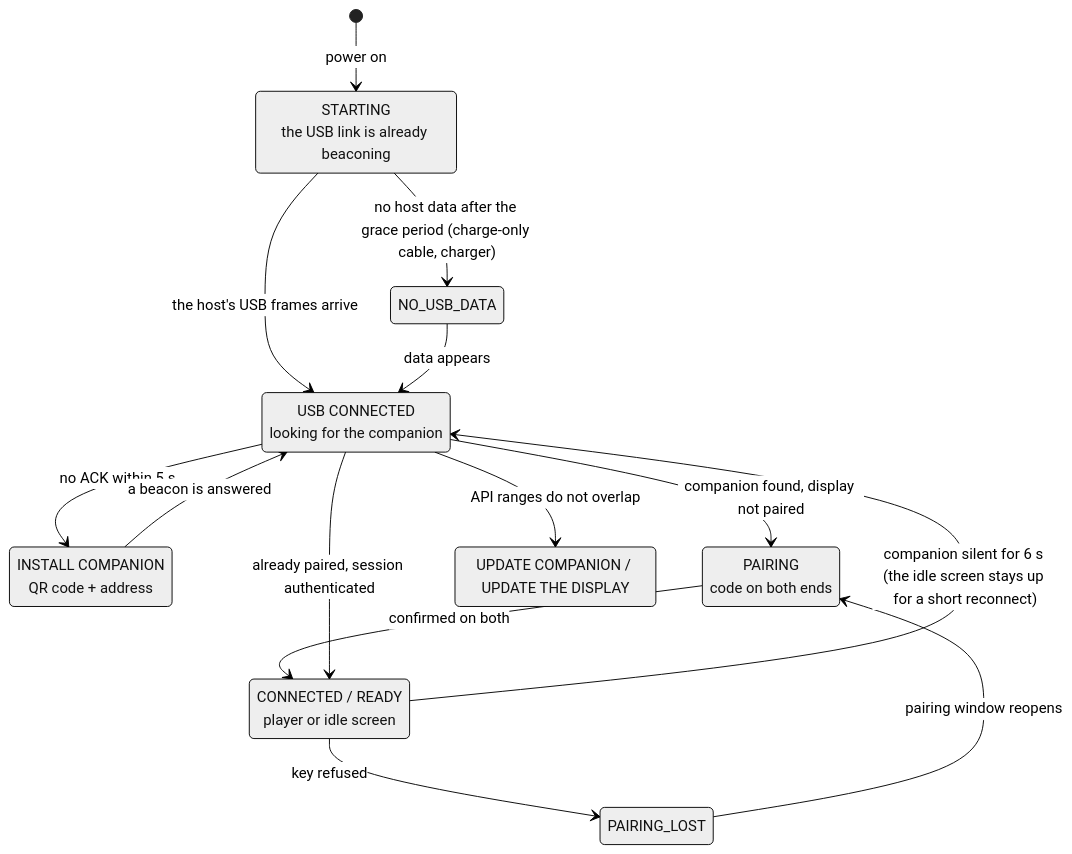
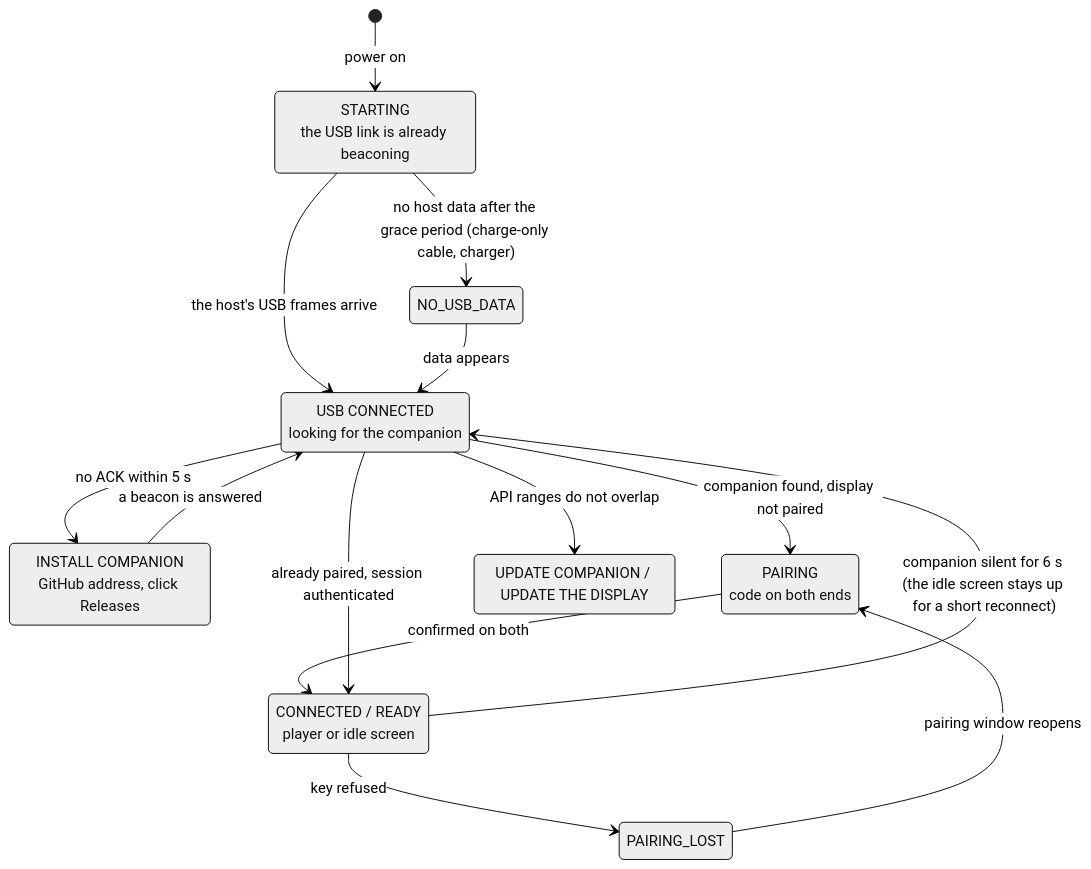
One commit to shayansharif532/ESP-32-Music-Displayer changed the second of 4 diagrams in docs/architecture.md. Above: the diagram before and after it, drawn with Mermaid (neutral theme). The commit also changed other lines of this file and 12 other files, not shown here.

First line of the commit message:
docs: Download for Windows section, Releases-based first-time setup, v1.0.0 release notes (no QR code)

````diff
--- a/docs/architecture.md
+++ b/docs/architecture.md
@@ -157,22 +157,22 @@
 ```mermaid
 stateDiagram-v2
     [*] --> STARTING: power on
     STARTING: STARTING<br/>the USB link is already beaconing
     STARTING --> NO_USB_DATA: no host data after the grace period (charge-only cable, charger)
     STARTING --> USB_CONNECTED: the host's USB frames arrive
     NO_USB_DATA --> USB_CONNECTED: data appears
     USB_CONNECTED: USB CONNECTED<br/>looking for the companion
     USB_CONNECTED --> COMPANION_MISSING: no ACK within 5 s
-    COMPANION_MISSING: INSTALL COMPANION<br/>QR code + address
+    COMPANION_MISSING: INSTALL COMPANION<br/>GitHub address, click Releases
     COMPANION_MISSING --> USB_CONNECTED: a beacon is answered
     USB_CONNECTED --> PAIRING: companion found, display not paired
     PAIRING: PAIRING<br/>code on both ends
     PAIRING --> READY: confirmed on both
     USB_CONNECTED --> READY: already paired, session authenticated
     READY: CONNECTED / READY<br/>player or idle screen
     READY --> PAIRING_LOST: key refused
     PAIRING_LOST --> PAIRING: pairing window reopens
     USB_CONNECTED --> INCOMPATIBLE: API ranges do not overlap
     INCOMPATIBLE: UPDATE COMPANION / UPDATE THE DISPLAY
     READY --> USB_CONNECTED: companion silent for 6 s (the idle screen stays up for a short reconnect)
 ```
````
